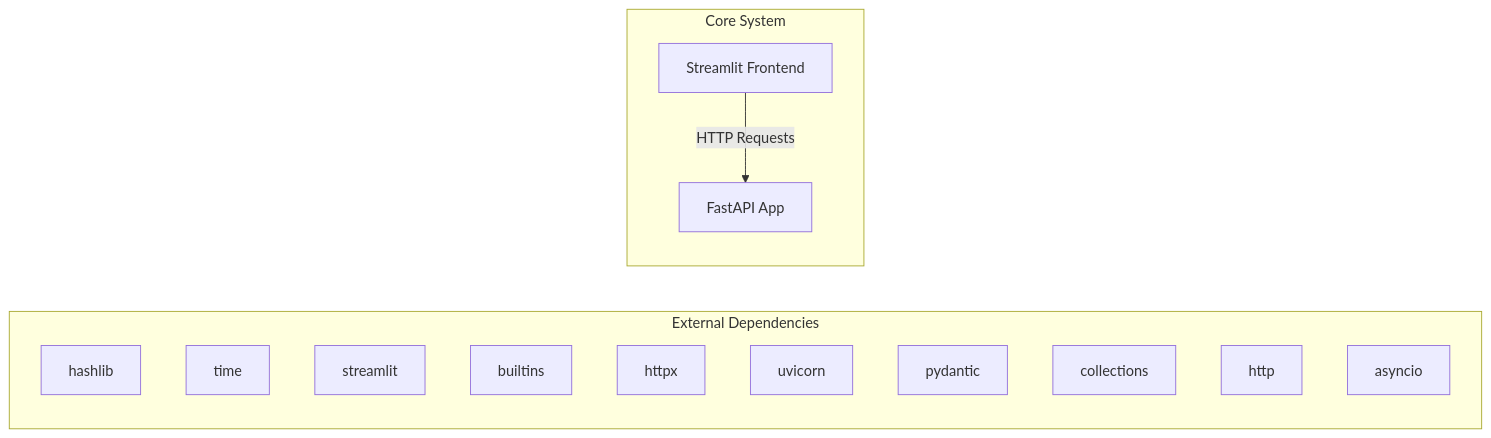
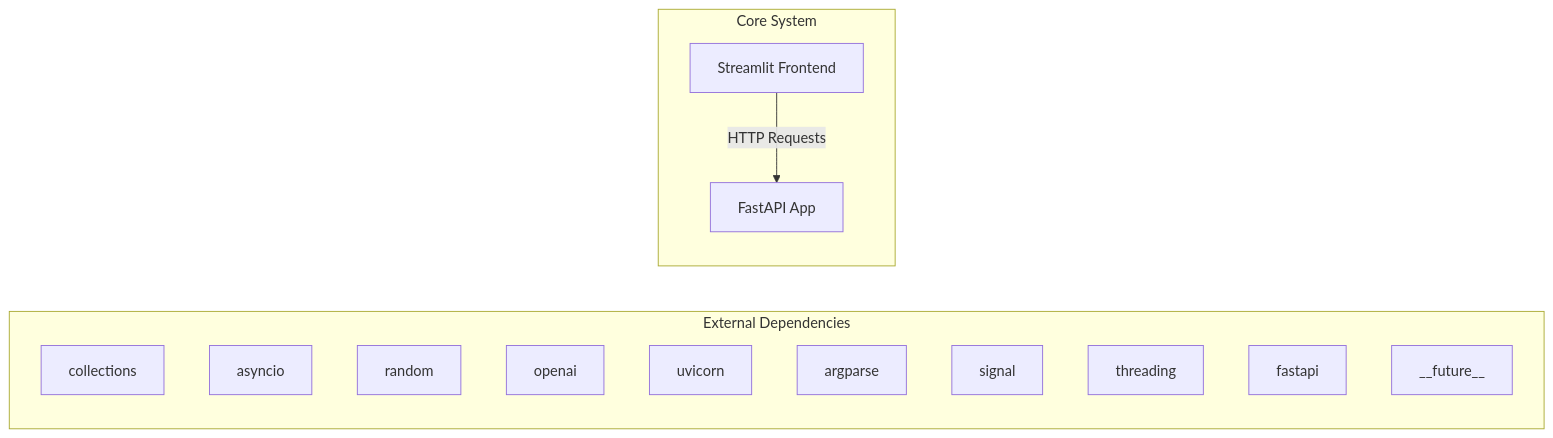
Before and after one commit to NITISH-R-G/rag-context-optimizer: the first of 2 diagrams in docs/architecture.md, drawn with Mermaid. The commit also changed other lines of this file and 1 other file, not shown here.

Commit message:
docs: auto-update repository knowledge, architecture diagrams, and documentation

````diff
--- a/docs/architecture.md
+++ b/docs/architecture.md
@@ -7,20 +7,20 @@
 ```mermaid
 graph LR
     subgraph External Dependencies
-        E0["hashlib"]
-        E1["time"]
-        E2["streamlit"]
-        E3["builtins"]
-        E4["httpx"]
-        E5["uvicorn"]
-        E6["pydantic"]
-        E7["collections"]
-        E8["http"]
-        E9["asyncio"]
+        E0["collections"]
+        E1["asyncio"]
+        E2["random"]
+        E3["openai"]
+        E4["uvicorn"]
+        E5["argparse"]
+        E6["signal"]
+        E7["threading"]
+        E8["fastapi"]
+        E9["__future__"]
     end
     subgraph Core System
         API["FastAPI App"]
         UI["Streamlit Frontend"]
     end
     UI -->|HTTP Requests| API
 ```
````
